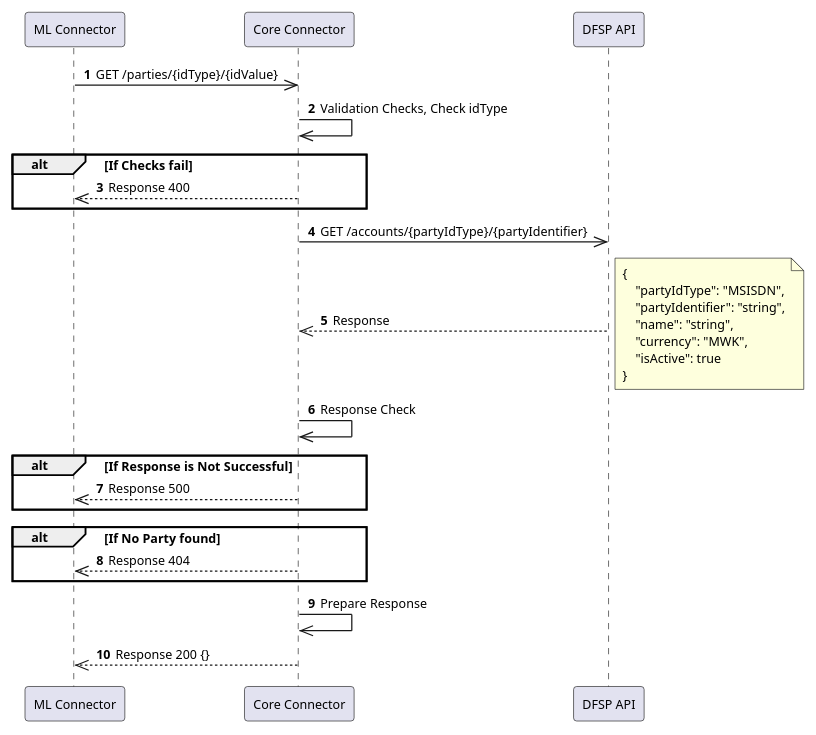
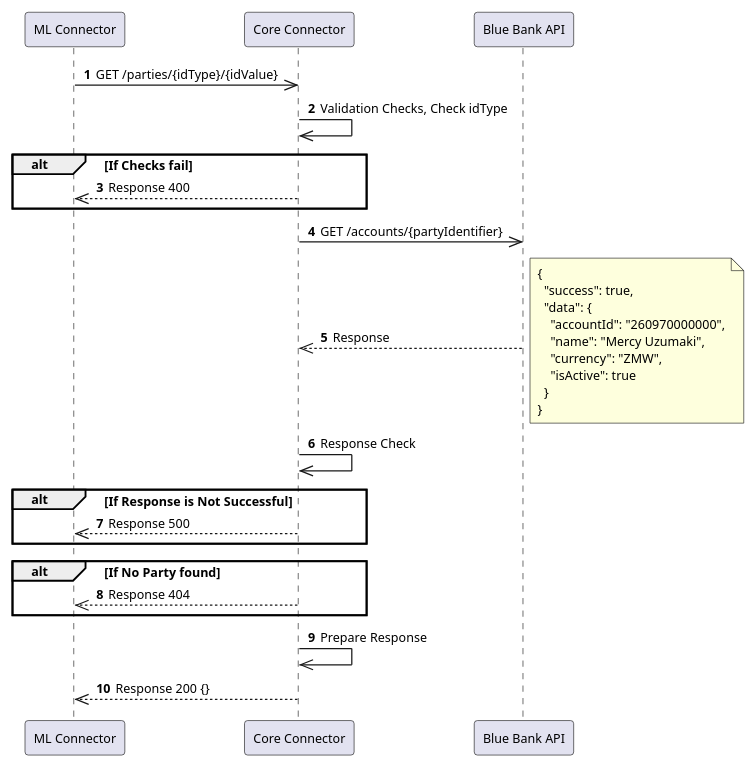
One commit to wababaDev/blue-bank-ml-connector changed the diagram in docs/payee/payee-get-parties.puml. Above: the diagram before and after it, drawn with PlantUML. The commit also changed 6 other files, not shown here.

```diff
--- a/docs/payee/payee-get-parties.puml
+++ b/docs/payee/payee-get-parties.puml
@@ -1,44 +1,46 @@
 @startuml name="payee-get-parties"
 
 skinparam defaultFontSize 10
 autonumber
 
 participant "ML Connector" as ML
 participant "Core Connector" as CC
-participant "DFSP API" as SBAPI
+participant "Blue Bank API" as SBAPI
 
 ML ->> CC: GET /parties/{idType}/{idValue}
 
 CC ->> CC: Validation Checks, Check idType
 
 alt If Checks fail
     CC -->> ML: Response 400
 end
 
-CC ->> SBAPI: GET /accounts/{partyIdType}/{partyIdentifier}
+CC ->> SBAPI: GET /accounts/{partyIdentifier}
 
 SBAPI -->> CC: Response
 note right
 {
-    "partyIdType": "MSISDN",
-    "partyIdentifier": "string",
-    "name": "string",
-    "currency": "MWK",
+  "success": true,
+  "data": {
+    "accountId": "260970000000",
+    "name": "Mercy Uzumaki",
+    "currency": "ZMW",
     "isActive": true
+  }
 }
 end note
 
 CC ->> CC: Response Check
 
 alt If Response is Not Successful
     CC -->> ML: Response 500
 end
 
 alt If No Party found
     CC -->> ML: Response 404
 end
 
 CC ->> CC: Prepare Response
 CC -->> ML: Response 200 {}
 
 @enduml
```
